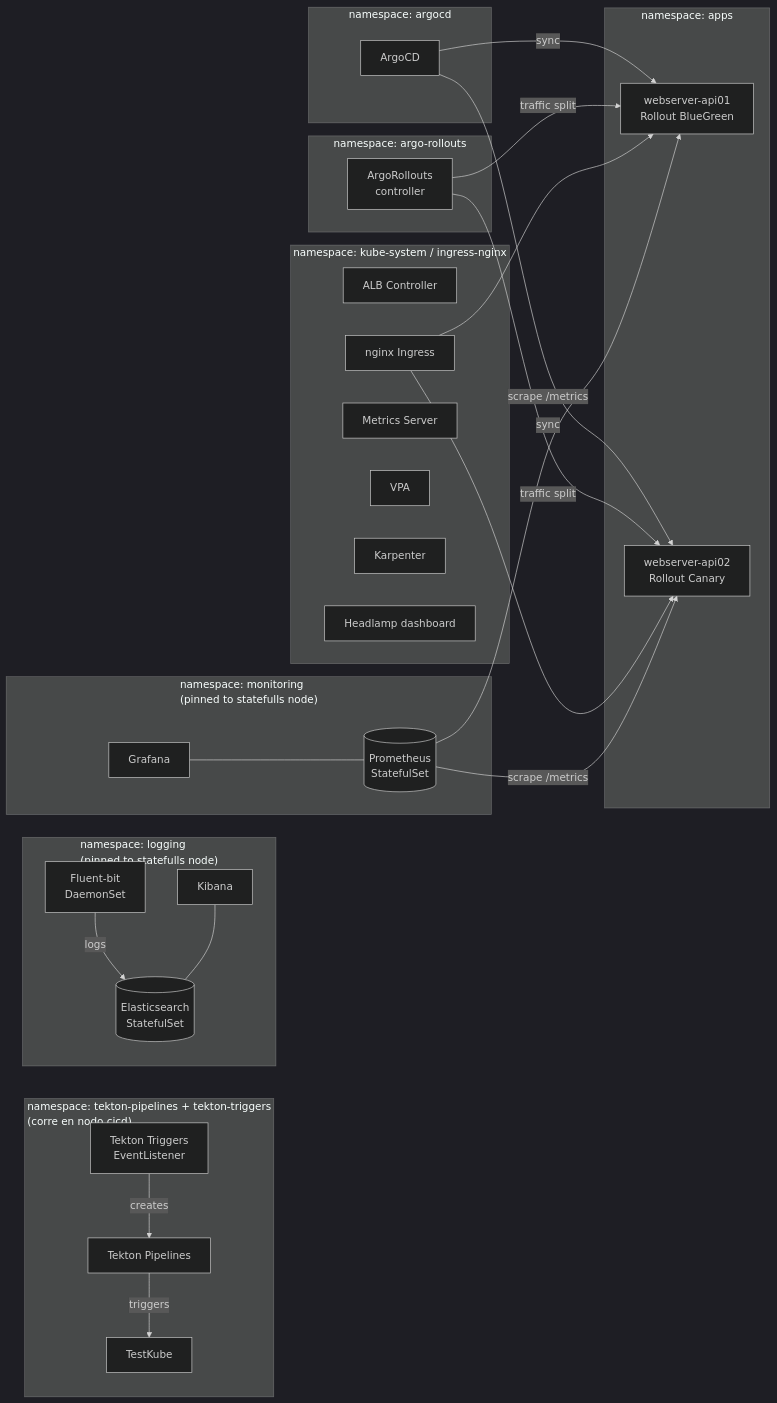
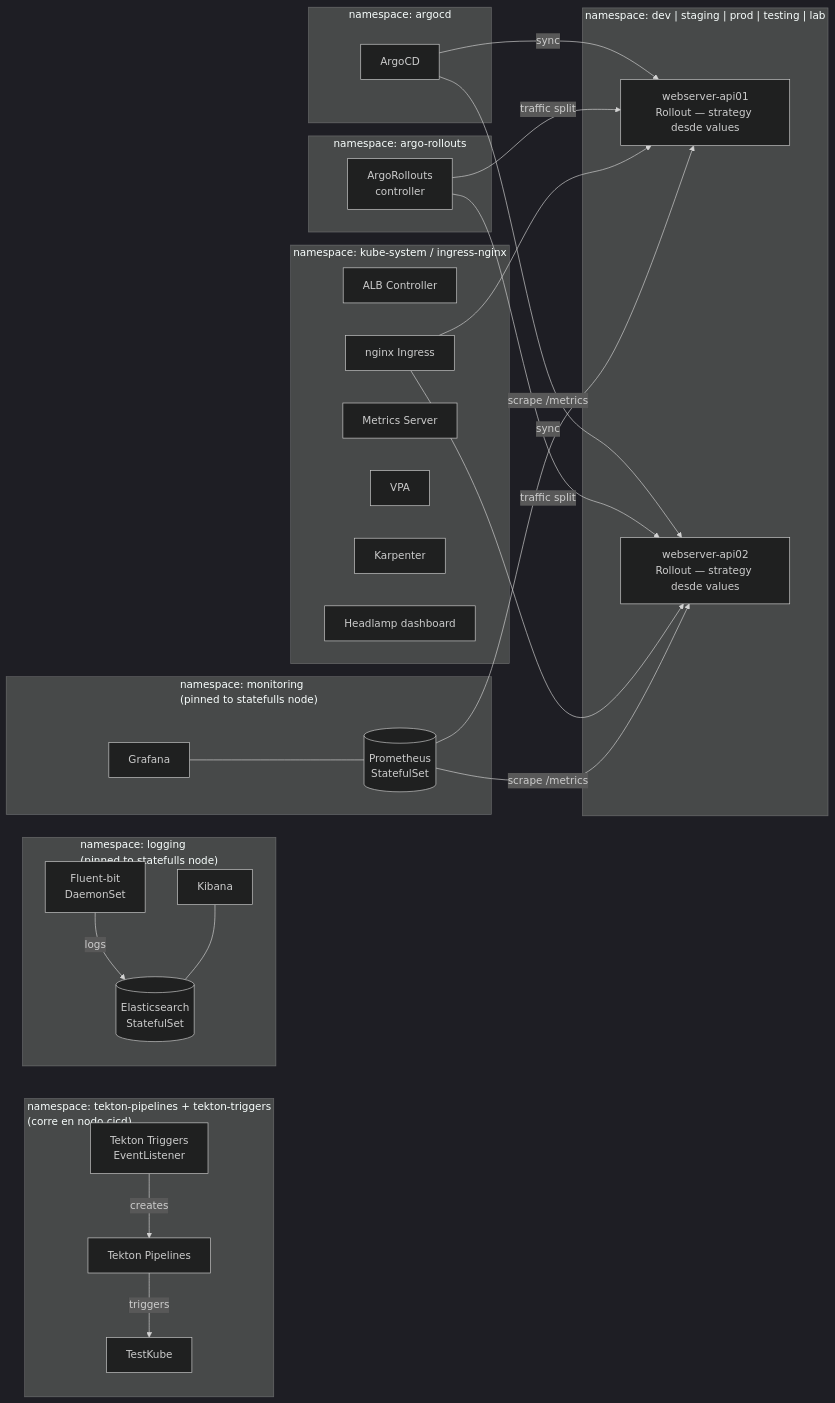
The second of 3 diagrams in docs/architecture.md (Valentino-33/tochallenge-belo), drawn with Mermaid (dark theme) before and after one commit. The commit also changed other lines of this file and 9 other files, not shown here.

````diff
--- a/docs/architecture.md
+++ b/docs/architecture.md
@@ -100,55 +100,55 @@
 ```mermaid
 flowchart LR
     subgraph ns_ing["namespace: kube-system / ingress-nginx"]
         ALBC[ALB Controller]
         NGX[nginx Ingress]
         MS[Metrics Server]
         VPA[VPA]
         KARP[Karpenter]
         HL[Headlamp dashboard]
     end
 
     subgraph ns_argo["namespace: argocd"]
         AC[ArgoCD]
     end
 
     subgraph ns_rollouts["namespace: argo-rollouts"]
         AR[ArgoRollouts<br/>controller]
     end
 
     subgraph ns_tekton["namespace: tekton-pipelines + tekton-triggers<br/>(corre en nodo cicd)"]
         TK[Tekton Pipelines]
         TT[Tekton Triggers<br/>EventListener]
         TKB[TestKube]
     end
 
-    subgraph ns_apps["namespace: apps"]
-        A1[webserver-api01<br/>Rollout BlueGreen]
-        A2[webserver-api02<br/>Rollout Canary]
+    subgraph ns_apps["namespace: dev | staging | prod | testing | lab"]
+        A1[webserver-api01<br/>Rollout — strategy desde values]
+        A2[webserver-api02<br/>Rollout — strategy desde values]
     end
 
     subgraph ns_log["namespace: logging<br/>(pinned to statefulls node)"]
         ES[(Elasticsearch<br/>StatefulSet)]
         FB[Fluent-bit<br/>DaemonSet]
         KB[Kibana]
     end
 
     subgraph ns_mon["namespace: monitoring<br/>(pinned to statefulls node)"]
         PR[(Prometheus<br/>StatefulSet)]
         GR[Grafana]
     end
 
     AC -- sync --> A1
     AC -- sync --> A2
     AR -- traffic split --> A1
     AR -- traffic split --> A2
     TT -- creates --> TK
     TK -- triggers --> TKB
     NGX --> A1
     NGX --> A2
     FB -- logs --> ES
     KB --- ES
     PR -- scrape /metrics --> A1
     PR -- scrape /metrics --> A2
     GR --- PR
 ```
````
